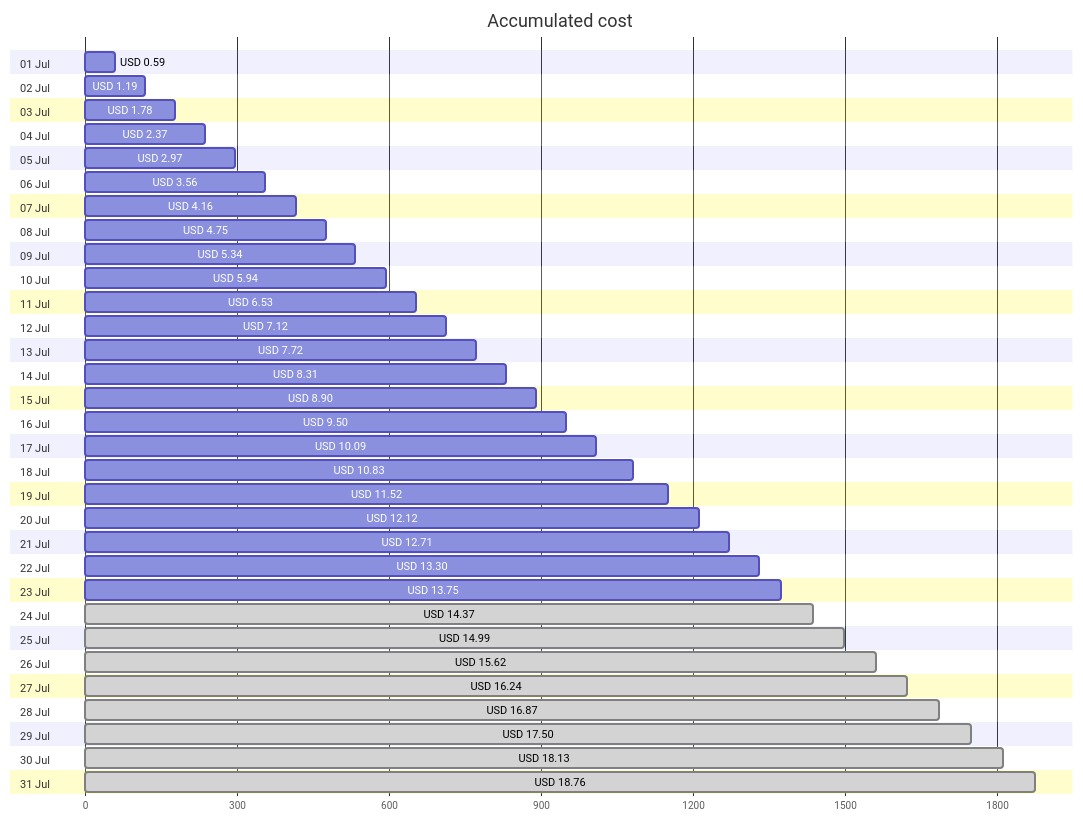
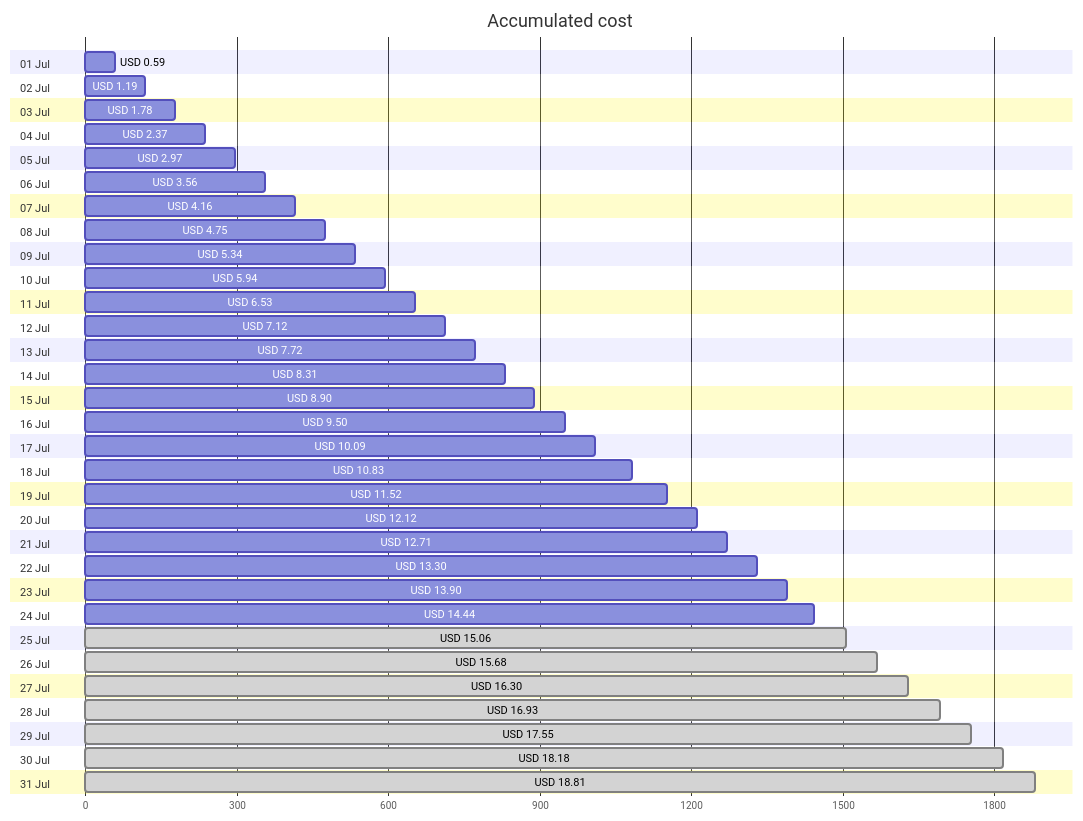
The first of 4 diagrams in cost-reports/personal-site/README.md (jpfulton/azure-personal-reports), drawn with Mermaid before and after one commit. The commit also changed other lines of this file and 6 other files, not shown here.

````diff
--- a/cost-reports/personal-site/README.md
+++ b/cost-reports/personal-site/README.md
@@ -20,68 +20,68 @@
 ```mermaid
 gantt
    title Accumulated cost
    dateFormat  X
    axisFormat %s
    section 01 Jul
    USD 0.59 :0, 59
    section 02 Jul
    USD 1.19 :0, 119
    section 03 Jul
    USD 1.78 :0, 178
    section 04 Jul
    USD 2.37 :0, 237
    section 05 Jul
    USD 2.97 :0, 297
    section 06 Jul
    USD 3.56 :0, 356
    section 07 Jul
    USD 4.16 :0, 416
    section 08 Jul
    USD 4.75 :0, 475
    section 09 Jul
    USD 5.34 :0, 534
    section 10 Jul
    USD 5.94 :0, 594
    section 11 Jul
    USD 6.53 :0, 653
    section 12 Jul
    USD 7.12 :0, 712
    section 13 Jul
    USD 7.72 :0, 772
    section 14 Jul
    USD 8.31 :0, 831
    section 15 Jul
    USD 8.90 :0, 890
    section 16 Jul
    USD 9.50 :0, 950
    section 17 Jul
    USD 10.09 :0, 1009
    section 18 Jul
    USD 10.83 :0, 1083
    section 19 Jul
    USD 11.52 :0, 1152
    section 20 Jul
    USD 12.12 :0, 1212
    section 21 Jul
    USD 12.71 :0, 1271
    section 22 Jul
    USD 13.30 :0, 1330
    section 23 Jul
-   USD 13.75 :0, 1375
+   USD 13.90 :0, 1390
    section 24 Jul
-   USD 14.37 : done, 0, 1437
+   USD 14.44 :0, 1444
    section 25 Jul
-   USD 14.99 : done, 0, 1499
+   USD 15.06 : done, 0, 1506
    section 26 Jul
-   USD 15.62 : done, 0, 1562
+   USD 15.68 : done, 0, 1568
    section 27 Jul
-   USD 16.24 : done, 0, 1624
+   USD 16.30 : done, 0, 1630
    section 28 Jul
-   USD 16.87 : done, 0, 1687
+   USD 16.93 : done, 0, 1693
    section 29 Jul
-   USD 17.50 : done, 0, 1750
+   USD 17.55 : done, 0, 1755
    section 30 Jul
-   USD 18.13 : done, 0, 1813
+   USD 18.18 : done, 0, 1818
    section 31 Jul
-   USD 18.76 : done, 0, 1876
+   USD 18.81 : done, 0, 1881
 ```
````
